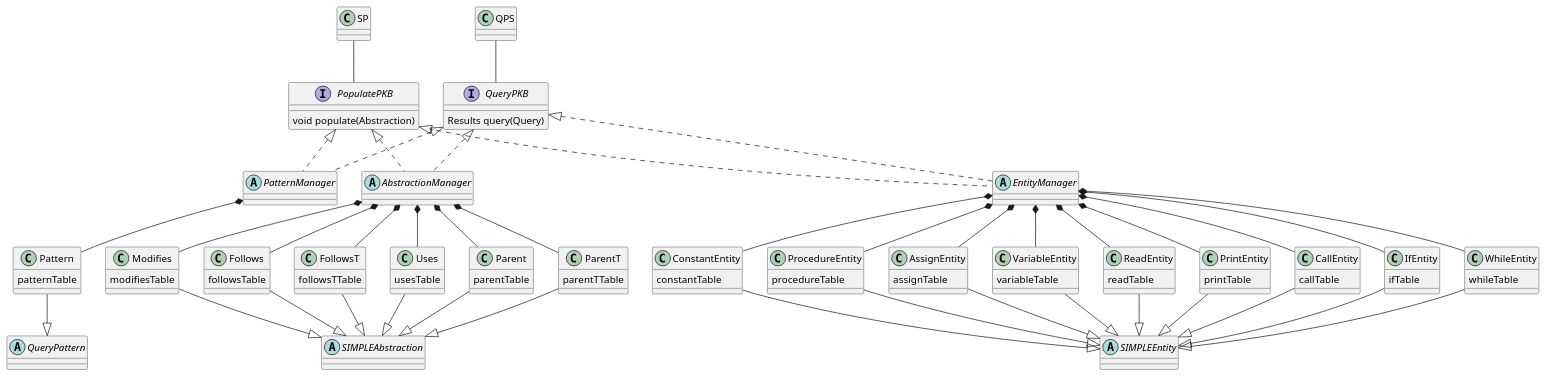
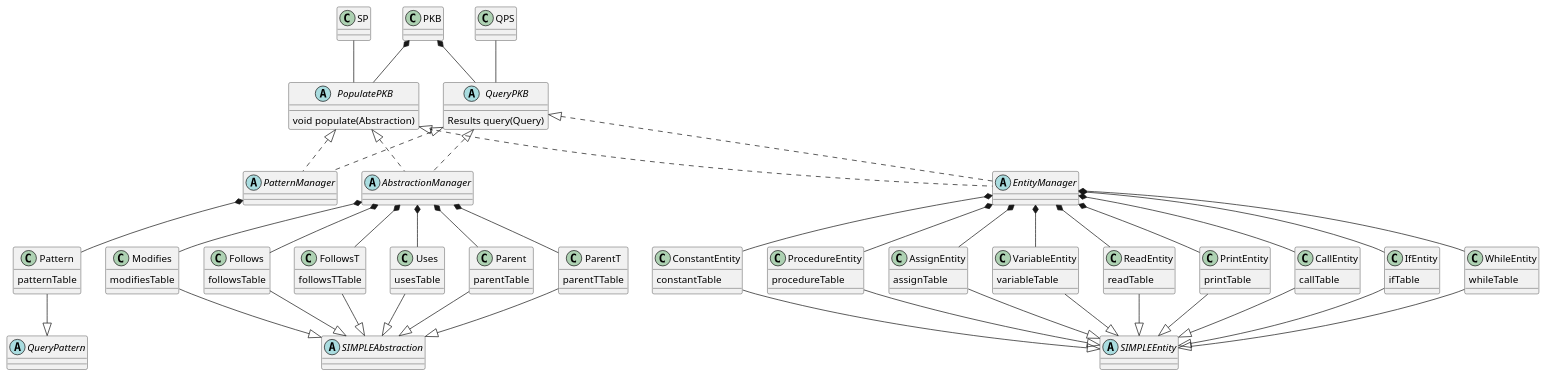
The diagram in docs/diagrams/PKBClassDiagram.puml (mazx4960/static-analyzer), drawn with PlantUML before and after one commit.

Commit message:
fix: update uml diagrams

```diff
--- a/docs/diagrams/PKBClassDiagram.puml
+++ b/docs/diagrams/PKBClassDiagram.puml
@@ -1,139 +1,141 @@
 @startuml
 
 class SP
 class QPS
+class PKB
 
-interface PopulatePKB {
+abstract class PopulatePKB {
 	void populate(Abstraction)
 }
 
-interface QueryPKB {
+abstract class QueryPKB {
 	Results query(Query)
 }
 
 abstract class "EntityManager"
 abstract class "AbstractionManager"
 abstract class "PatternManager"
 
 abstract class "SIMPLEAbstraction"
 abstract class "SIMPLEEntity"
 abstract class "QueryPattern"
 
 class VariableEntity {
 	variableTable
 }
 
 class ReadEntity {
 	readTable
 }
 
 class PrintEntity {
 	printTable
 }
 
 class CallEntity {
 	callTable
 }
 
 class IfEntity {
 	ifTable
 }
 
 class WhileEntity {
 	whileTable
 }
 
 
 class ConstantEntity {
 	constantTable
 }
 
 
 class ProcedureEntity {
 	procedureTable
 }
 
 class AssignEntity {
 	assignTable
 }
 
  class Pattern {
 	patternTable
 }
 
 class Modifies {
 	modifiesTable
 }
 
 class Follows {
 	followsTable
 }
 
 class FollowsT{
 	followsTTable
 }
 
 class Uses { 
 	usesTable
 }
 
 class Parent{
 	parentTable
 }
 
 class ParentT{
 	parentTTable
 }
 
 
+PKB *-down- PopulatePKB
+PKB *-down- QueryPKB
 SP -down- PopulatePKB
-
 QPS -down- QueryPKB
 
 PopulatePKB <|.down. EntityManager
 QueryPKB <|.down. EntityManager
 
 PopulatePKB <|.down.  PatternManager
 QueryPKB <|.down. PatternManager
 
 PopulatePKB <|.down.  AbstractionManager
 QueryPKB <|.down. AbstractionManager
 
 VariableEntity  -up-* EntityManager
 ReadEntity  -up-* EntityManager
 PrintEntity  -up-* EntityManager
 CallEntity  -up-* EntityManager
 IfEntity  -up-* EntityManager
 WhileEntity  -up-* EntityManager
 ConstantEntity  -up-* EntityManager
 ProcedureEntity  -up-* EntityManager
 AssignEntity  -up-* EntityManager
 
 VariableEntity -down-|> SIMPLEEntity
 ReadEntity -down-|> SIMPLEEntity
 PrintEntity -down-|> SIMPLEEntity
 CallEntity -down-|> SIMPLEEntity
 IfEntity -down-|> SIMPLEEntity
 WhileEntity -down-|> SIMPLEEntity
 ConstantEntity -down-|> SIMPLEEntity
 ProcedureEntity -down-|> SIMPLEEntity
 AssignEntity -down-|> SIMPLEEntity
 
 Modifies -up-* AbstractionManager
 Follows -up-* AbstractionManager
 FollowsT -up-* AbstractionManager
 Uses -up-* AbstractionManager
 Parent -up-* AbstractionManager
 ParentT -up-* AbstractionManager
 
 Modifies -down-|> SIMPLEAbstraction
 Follows -down-|> SIMPLEAbstraction
 FollowsT -down-|> SIMPLEAbstraction
 Uses -down-|> SIMPLEAbstraction
 Parent -down-|> SIMPLEAbstraction
 ParentT -down-|> SIMPLEAbstraction
 
 Pattern -up-* PatternManager
 Pattern -down-|> QueryPattern
 
 @enduml
```
